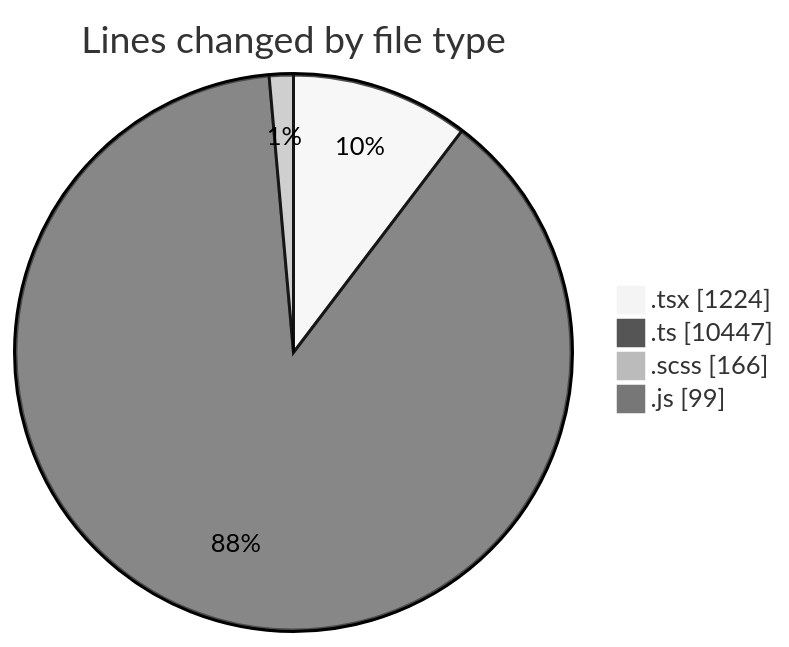
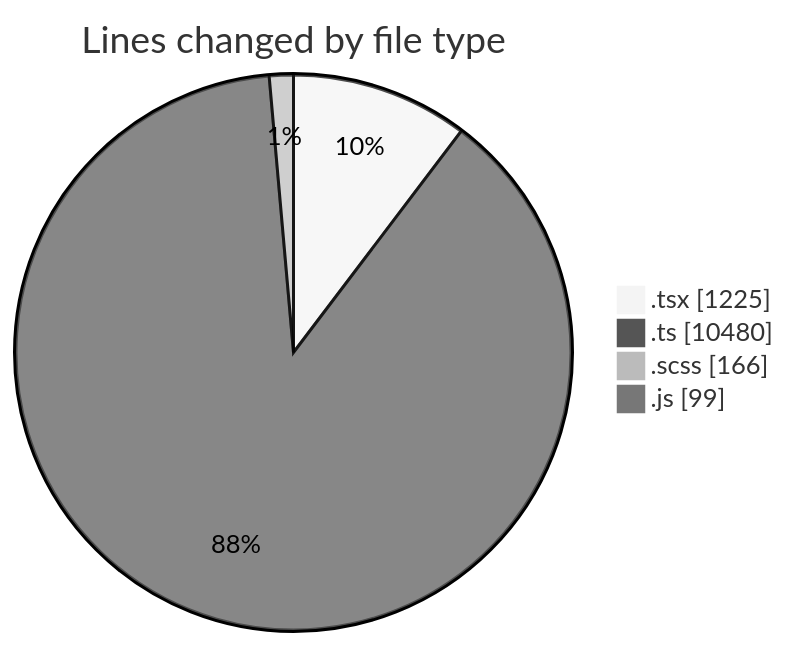
The first of 2 diagrams in 2025-03-26/cda/README.md (momahboobian/code-tracking), drawn with Mermaid (neutral theme) before and after one commit. The commit also changed other lines of this file and 1 other file, not shown here.

````diff
--- a/2025-03-26/cda/README.md
+++ b/2025-03-26/cda/README.md
@@ -42,8 +43,8 @@
 ```mermaid
 pie showData
 title Lines changed by file type
-".tsx" : 1224
-".ts" : 10447
+".tsx" : 1225
+".ts" : 10480
 ".scss" : 166
 ".js" : 99
 ```
````
